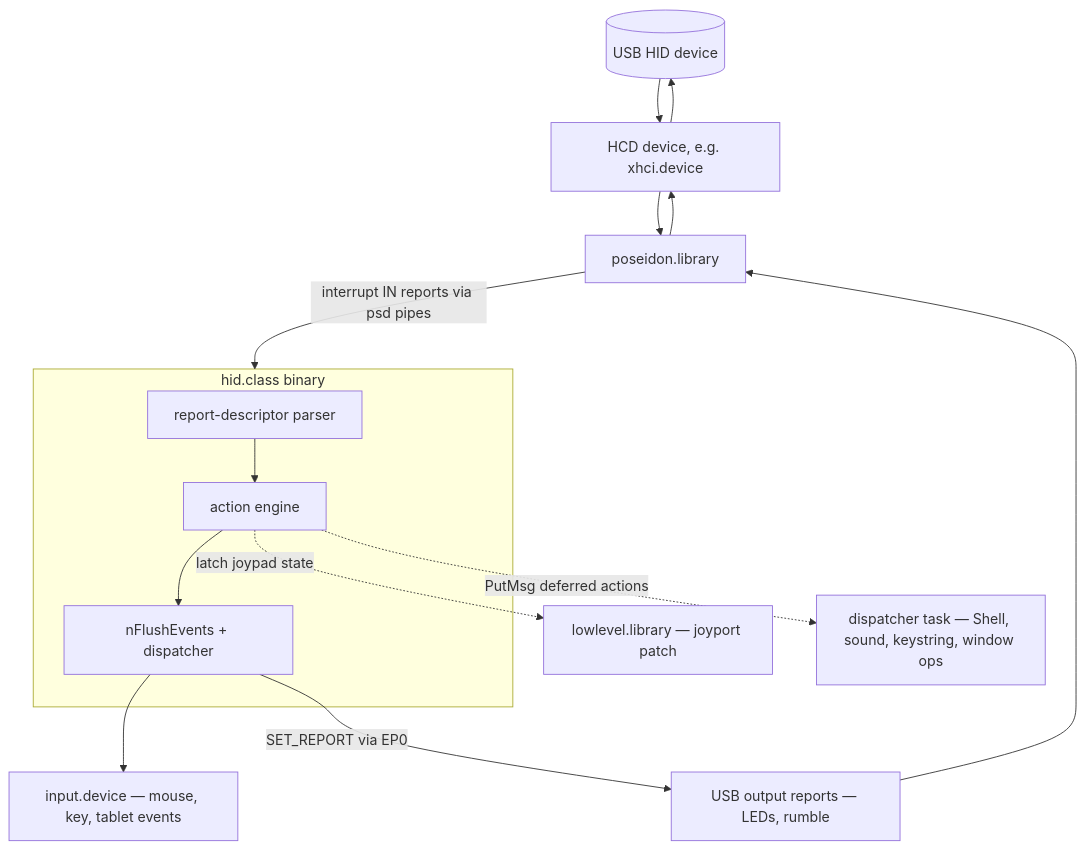
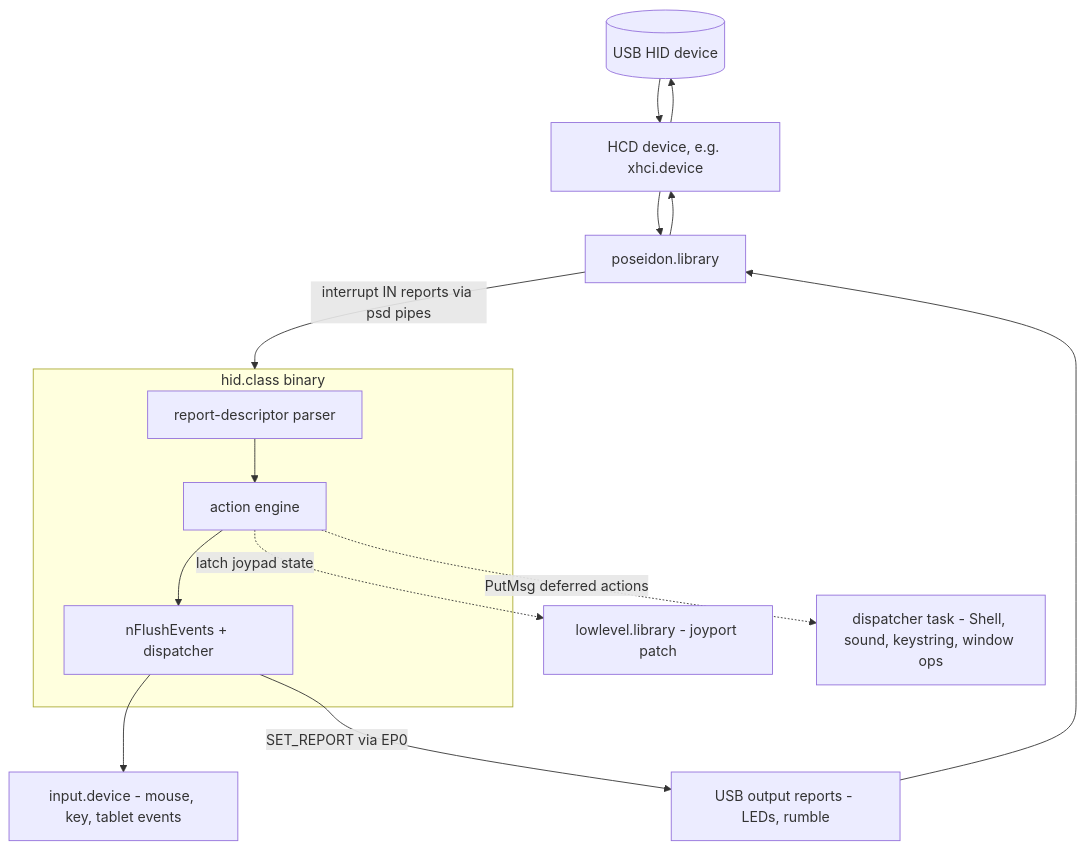
One commit to rondoval/poseidon-backport changed the first of 8 diagrams in docs/hid.class-architecture.md. Above: the diagram before and after it, drawn with Mermaid. The commit also changed other lines of this file and 108 other files, not shown here.

````diff
--- a/docs/hid.class-architecture.md
+++ b/docs/hid.class-architecture.md
@@ -54,24 +54,24 @@
 ```mermaid
 flowchart TB
     DEV[("USB HID device")]
     HCD["HCD device, e.g. xhci.device"]
     PS["poseidon.library"]
     subgraph HID["hid.class binary"]
         PARSE["report-descriptor parser"]
         ACT["action engine"]
         FEED["nFlushEvents + dispatcher"]
     end
-    INP["input.device — mouse, key, tablet events"]
-    LL["lowlevel.library — joyport patch"]
-    OUT["USB output reports — LEDs, rumble"]
-    DISP["dispatcher task — Shell, sound, keystring, window ops"]
+    INP["input.device - mouse, key, tablet events"]
+    LL["lowlevel.library - joyport patch"]
+    OUT["USB output reports - LEDs, rumble"]
+    DISP["dispatcher task - Shell, sound, keystring, window ops"]
 
     DEV --> HCD --> PS
     PS -->|"interrupt IN reports via psd pipes"| HID
     PARSE --> ACT --> FEED
     FEED --> INP
     ACT -.->|"latch joypad state"| LL
     FEED -->|"SET_REPORT via EP0"| OUT
     OUT --> PS --> HCD --> DEV
     ACT -.->|"PutMsg deferred actions"| DISP
 ```
````
